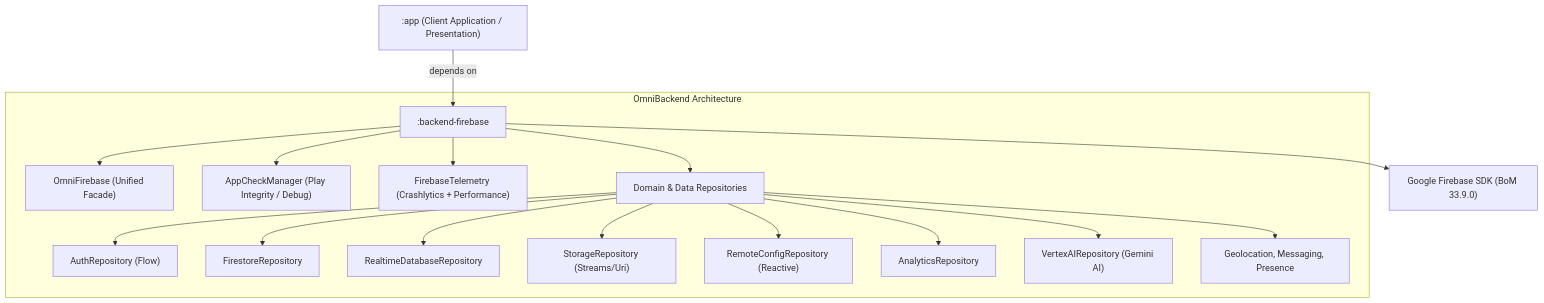
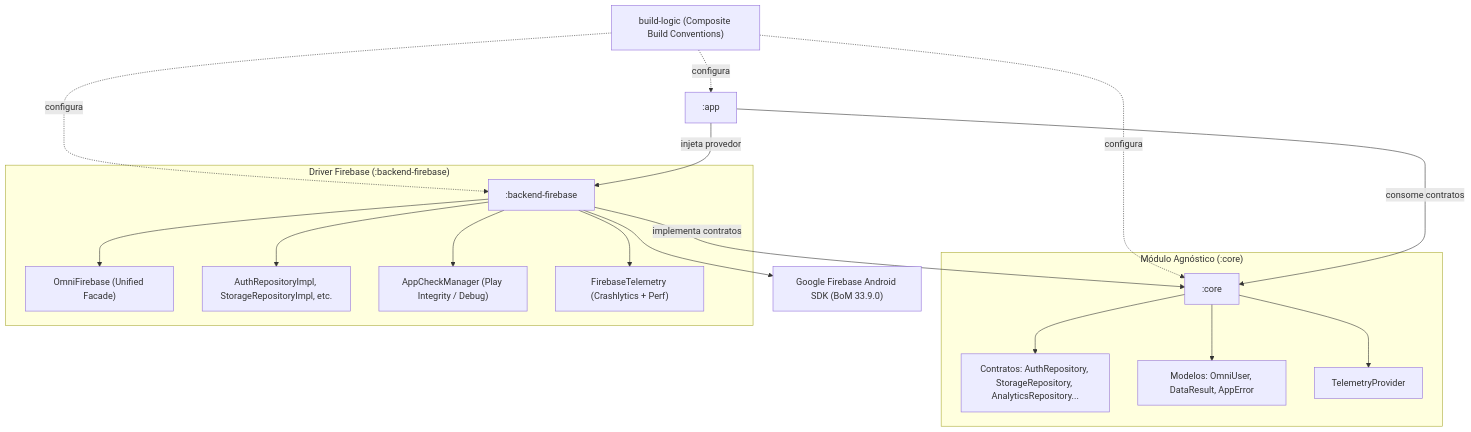
The diagram in README.md (Gabriel-do-Carmo-97/OmniBackendAndroid), drawn with Mermaid before and after one commit. The commit also changed other lines of this file and 927 other files, not shown here.

First line of the commit message:
feat(architecture): implement multi-module architecture with agnostic core and build-logic convention plugins

````diff
--- a/README.md
+++ b/README.md
@@ -15,22 +15,25 @@
 ```mermaid
 graph TD
-    App[":app (Client Application / Presentation)"] -->|depends on| BF[":backend-firebase"]
+    BL["build-logic (Composite Build Conventions)"] -.->|configura| App[":app"]
+    BL -.->|configura| Core[":core"]
+    BL -.->|configura| BF[":backend-firebase"]
 
-    subgraph "OmniBackend Architecture"
-        BF --> Facade["OmniFirebase (Unified Facade)"]
-        BF --> Security["AppCheckManager (Play Integrity / Debug)"]
-        BF --> Telemetry["FirebaseTelemetry (Crashlytics + Performance)"]
-        BF --> Repos["Domain & Data Repositories"]
+    App -->|consome contratos| Core
+    App -->|injeta provedor| BF
+    BF -->|implementa contratos| Core
 
-        Repos --> Auth["AuthRepository (Flow<FirebaseUser?>)"]
-        Repos --> Firestore["FirestoreRepository"]
-        Repos --> RTDB["RealtimeDatabaseRepository"]
-        Repos --> Storage["StorageRepository (Streams/Uri)"]
-        Repos --> Config["RemoteConfigRepository (Reactive)"]
-        Repos --> Analytics["AnalyticsRepository"]
-        Repos --> VertexAI["VertexAIRepository (Gemini AI)"]
-        Repos --> Realtime["Geolocation, Messaging, Presence"]
+    subgraph "Módulo Agnóstico (:core)"
+        Core --> Contracts["Contratos: AuthRepository, StorageRepository, AnalyticsRepository..."]
+        Core --> DomainModels["Modelos: OmniUser, DataResult<T>, AppError"]
+        Core --> TelemetryContract["TelemetryProvider"]
     end
 
-    BF --> GoogleFirebase["Google Firebase SDK (BoM 33.9.0)"]
+    subgraph "Driver Firebase (:backend-firebase)"
+        BF --> Facade["OmniFirebase (Unified Facade)"]
+        BF --> Impl["AuthRepositoryImpl, StorageRepositoryImpl, etc."]
+        BF --> Sec["AppCheckManager (Play Integrity / Debug)"]
+        BF --> Tel["FirebaseTelemetry (Crashlytics + Perf)"]
+    end
+
+    BF --> GoogleSDK["Google Firebase Android SDK (BoM 33.9.0)"]
 ```
````
